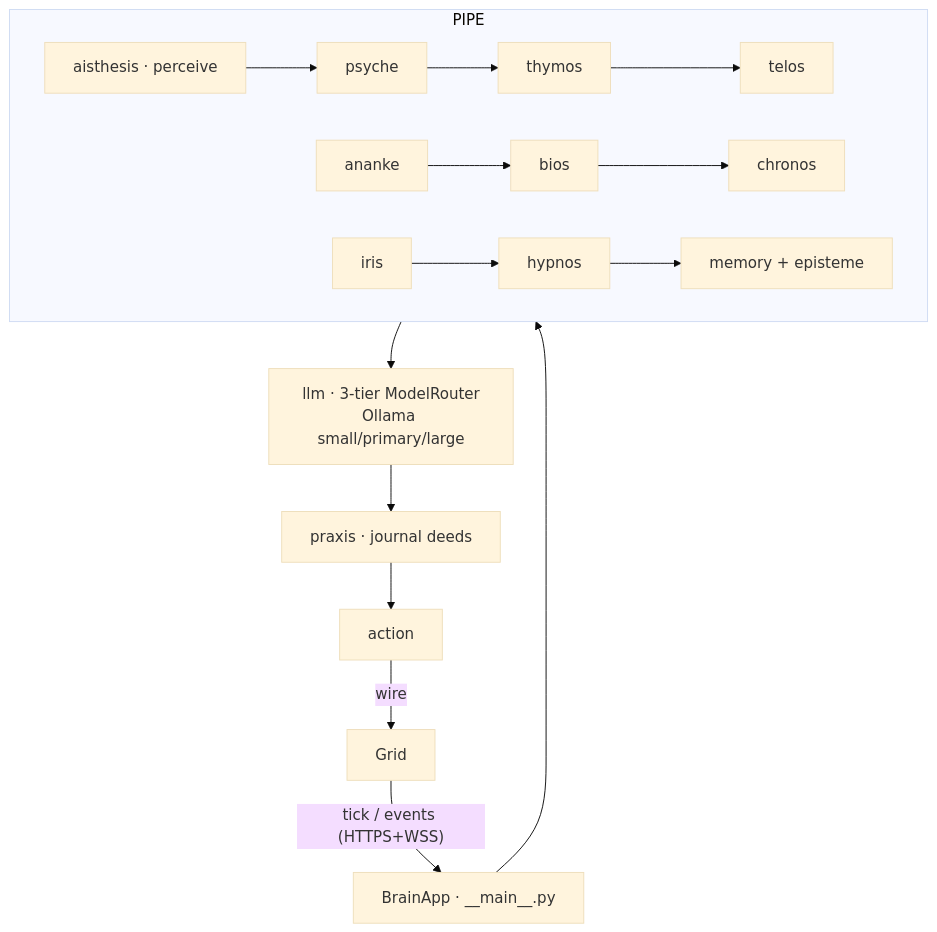
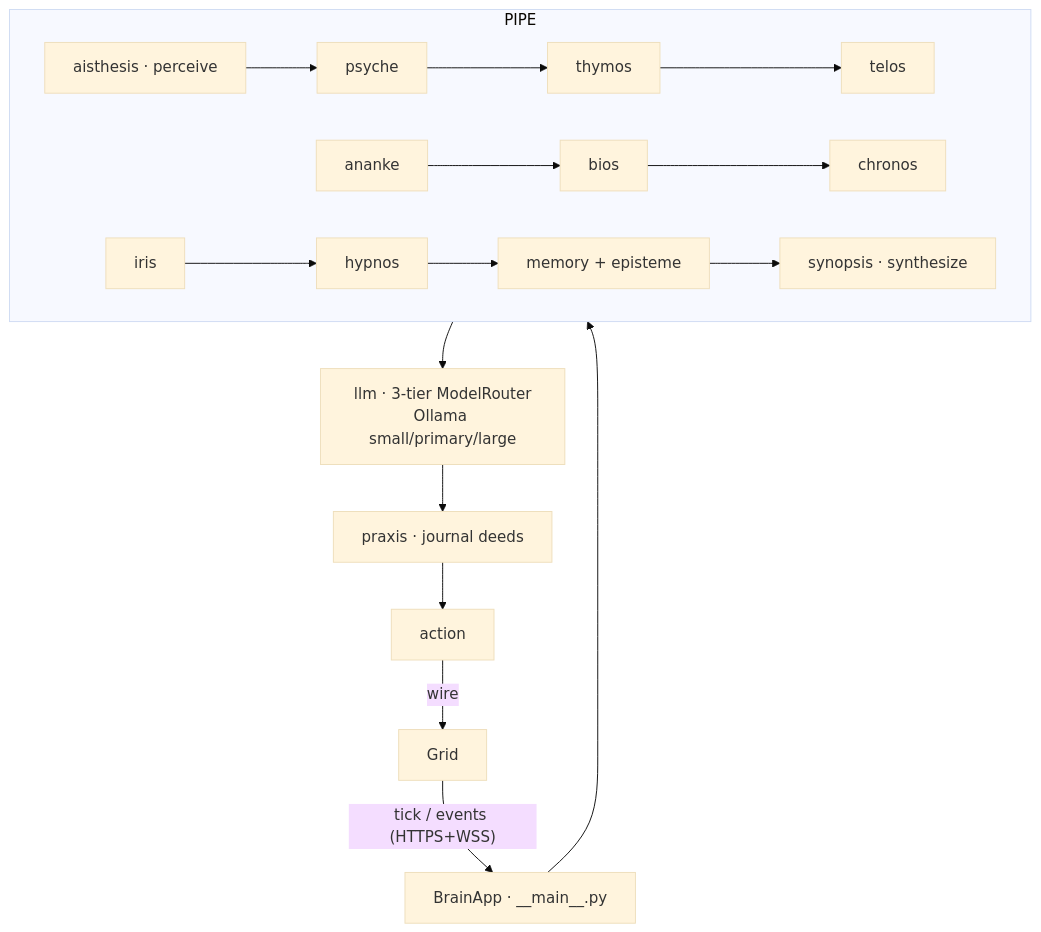
The diagram in .planning/implementation/brain.md (ASKKPOP/Noesis), drawn with Mermaid (base theme) before and after one commit. The commit also changed other lines of this file and 13 other files, not shown here.

````diff
--- a/.planning/implementation/brain.md
+++ b/.planning/implementation/brain.md
@@ -16,12 +16,13 @@
 ```mermaid
 flowchart TD
   GRID[Grid] -- tick / events (HTTPS+WSS) --> APP[BrainApp · __main__.py]
   APP --> PIPE[cognitive pipeline]
   subgraph PIPE
     AI[aisthesis · perceive] --> PS[psyche] --> TH[thymos] --> TE[telos]
     AN[ananke] --> BI[bios] --> CH[chronos]
     IR[iris] --> HY[hypnos] --> ME[memory + episteme]
+    ME --> SY[synopsis · synthesize]
   end
   PIPE --> LLM[llm · 3-tier ModelRouter<br/>Ollama small/primary/large]
   LLM --> PX[praxis · journal deeds] --> ACT[action] -- wire --> GRID
 ```
````
